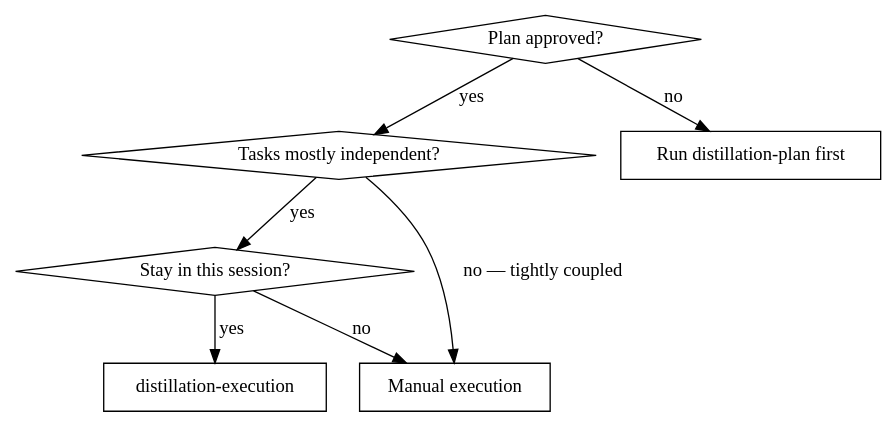
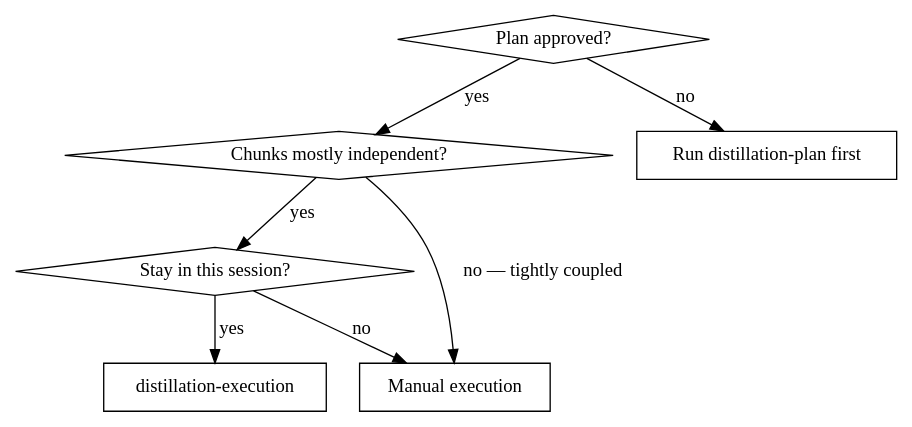
The first of 2 diagrams in skills/distillation-execution/SKILL.md (duongnghia222/code-distilling), drawn with Graphviz before and after one commit. The commit also changed other lines of this file, not shown here.

First line of the commit message:
distill(superpowers/sdd): port SKILL.md — collapse per-chunk tasks

````diff
--- a/skills/distillation-execution/SKILL.md
+++ b/skills/distillation-execution/SKILL.md
@@ -20,17 +20,17 @@
 ```dot
 digraph when_execute {
     "Plan approved?" [shape=diamond];
-    "Tasks mostly independent?" [shape=diamond];
+    "Chunks mostly independent?" [shape=diamond];
     "Stay in this session?" [shape=diamond];
     "distillation-execution" [shape=box];
     "Manual execution" [shape=box];
     "Run distillation-plan first" [shape=box];
 
-    "Plan approved?" -> "Tasks mostly independent?" [label="yes"];
+    "Plan approved?" -> "Chunks mostly independent?" [label="yes"];
     "Plan approved?" -> "Run distillation-plan first" [label="no"];
-    "Tasks mostly independent?" -> "Stay in this session?" [label="yes"];
-    "Tasks mostly independent?" -> "Manual execution" [label="no — tightly coupled"];
+    "Chunks mostly independent?" -> "Stay in this session?" [label="yes"];
+    "Chunks mostly independent?" -> "Manual execution" [label="no — tightly coupled"];
     "Stay in this session?" -> "distillation-execution" [label="yes"];
     "Stay in this session?" -> "Manual execution" [label="no"];
 }
 ```
````
